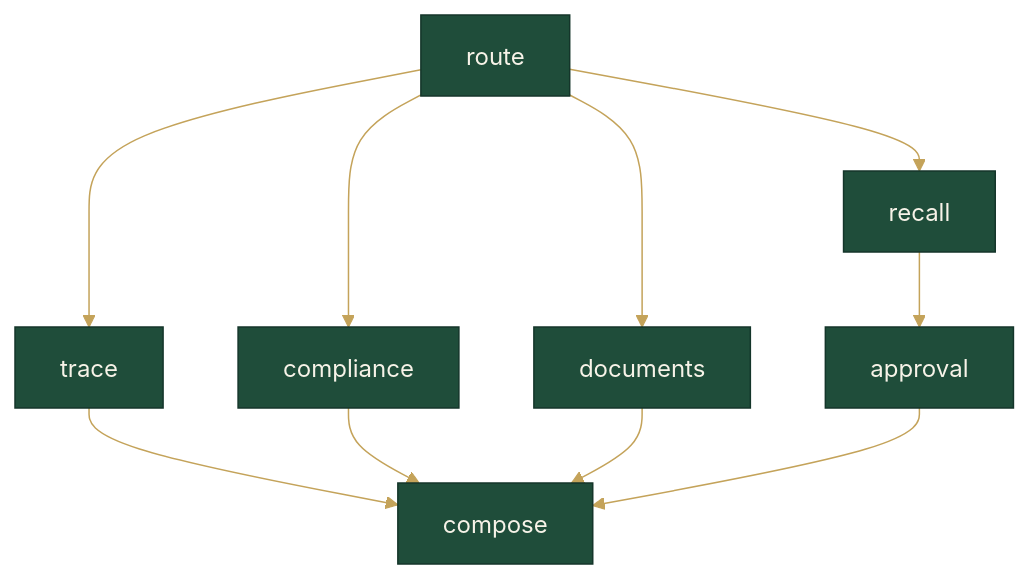
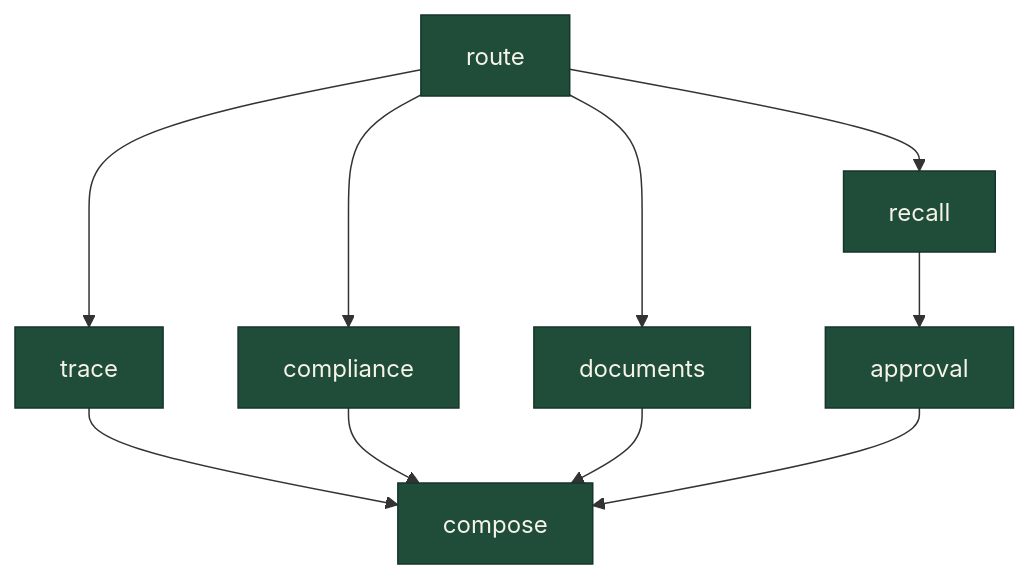
Before and after one commit to MourabitElBachir/traceability-graph-agents: the diagram in docs/agents.md, drawn with Mermaid. The commit also changed other lines of this file and 19 other files, not shown here.

Commit message:
docs: fix Mermaid rendering, add French README and data walkthrough (#2)

````diff
--- a/docs/agents.md
+++ b/docs/agents.md
@@ -20,10 +20,9 @@
 ```mermaid
-%%{init: {'theme': 'base', 'themeVariables': {'primaryColor': '#1F4D3A', 'primaryTextColor': '#F7F3E8', 'primaryBorderColor': '#14352A', 'lineColor': '#C4A35A', 'fontFamily': 'Georgia, serif'}}}%%
 flowchart TD
   route --> trace --> compose
   route --> compliance --> compose
   route --> documents --> compose
   route --> recall --> approval --> compose
   classDef n fill:#1F4D3A,stroke:#14352A,color:#F7F3E8;
   class route,trace,compliance,documents,recall,approval,compose n;
 ```
````
